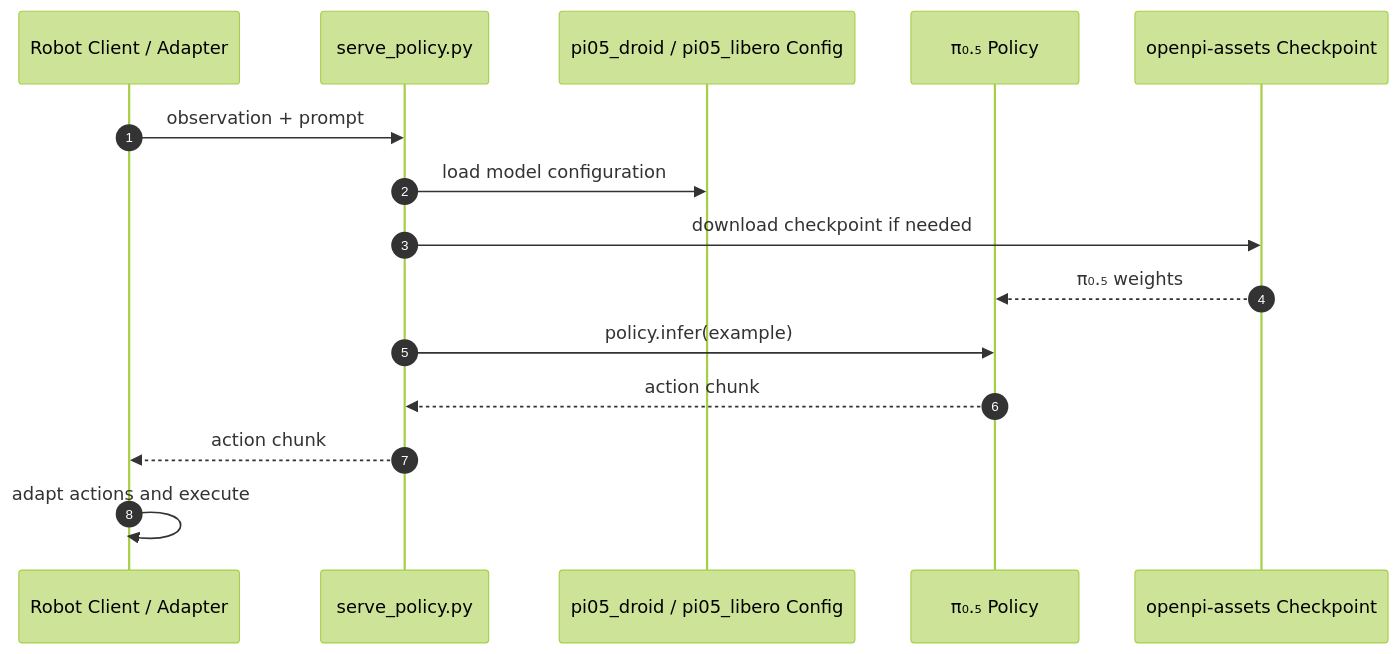
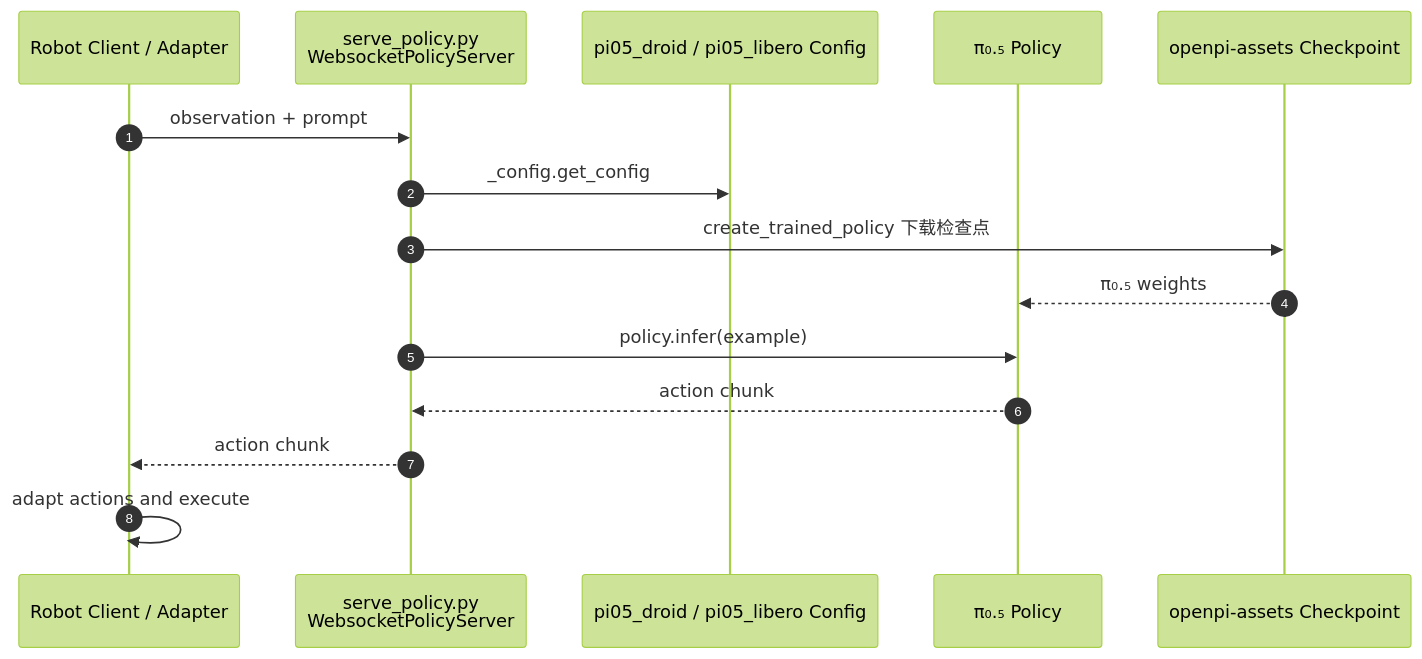
The third of 3 diagrams in wiki/entities/paper-pi05-open-world-vla.md (ImChong/Robotics_Notebooks), drawn with Mermaid (forest theme) before and after one commit. The commit also changed other lines of this file and 46 other files, not shown here.

````diff
--- a/wiki/entities/paper-pi05-open-world-vla.md
+++ b/wiki/entities/paper-pi05-open-world-vla.md
@@ -124,17 +164,17 @@
 ```mermaid
 sequenceDiagram
   autonumber
   participant Robot as Robot Client / Adapter
-  participant Server as serve_policy.py
+  participant Server as serve_policy.py<br/>WebsocketPolicyServer
   participant Config as pi05_droid / pi05_libero Config
   participant Model as π₀.₅ Policy
   participant Store as openpi-assets Checkpoint
   Robot->>Server: observation + prompt
-  Server->>Config: load model configuration
-  Server->>Store: download checkpoint if needed
+  Server->>Config: _config.get_config
+  Server->>Store: create_trained_policy 下载检查点
   Store-->>Model: π₀.₅ weights
   Server->>Model: policy.infer(example)
   Model-->>Server: action chunk
   Server-->>Robot: action chunk
   Robot->>Robot: adapt actions and execute
 ```
````
